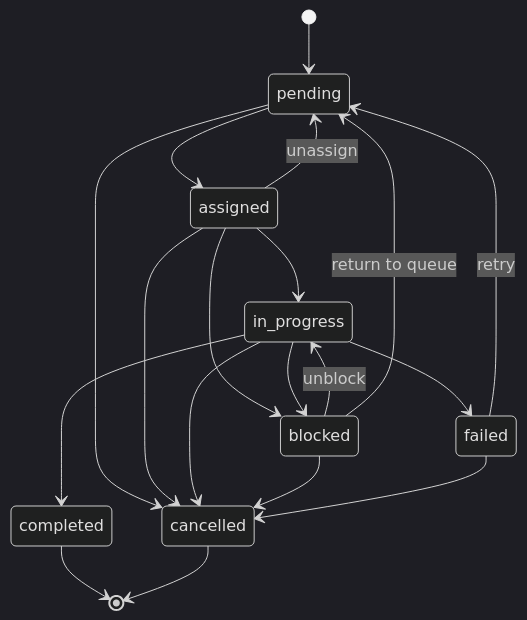
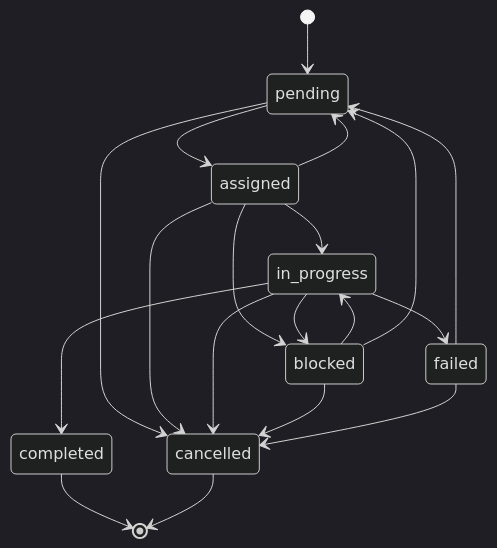
One commit to golem15com/gxv-docs changed the diagram in docs/api/task-api.md. Above: the diagram before and after it, drawn with Mermaid (dark theme). The commit also changed other lines of this file and 31 other files, not shown here.

````diff
--- a/docs/api/task-api.md
+++ b/docs/api/task-api.md
@@ -12,26 +11,21 @@
 ```mermaid
 stateDiagram-v2
     [*] --> pending
     pending --> assigned
     pending --> cancelled
-
     assigned --> in_progress
     assigned --> blocked
     assigned --> cancelled
-    assigned --> pending : unassign
-
+    assigned --> pending
     in_progress --> completed
     in_progress --> failed
     in_progress --> blocked
     in_progress --> cancelled
-
-    blocked --> in_progress : unblock
-    blocked --> pending : return to queue
+    blocked --> in_progress
+    blocked --> pending
     blocked --> cancelled
-
-    failed --> pending : retry
+    failed --> pending
     failed --> cancelled
-
     completed --> [*]
     cancelled --> [*]
 ```
````
